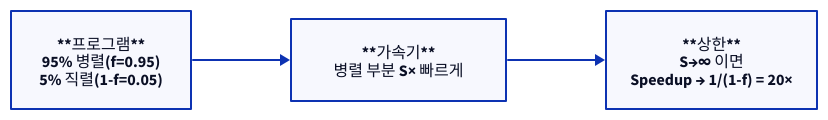
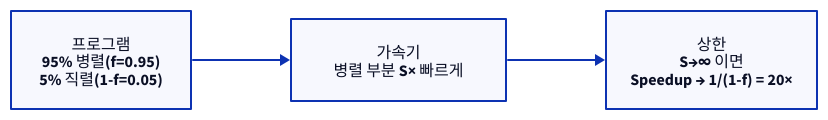
Before and after one commit to humbleowl39/DV_SKOOL: the second of 4 diagrams in starlight_site/src/content/docs/computer_architecture/13_performance_laws_dsa.md, drawn with D2. The commit also changed other lines of this file and 714 other files, not shown here.

First line of the commit message:
fix(site): d2 다이어그램 가독성 결함 6종 일괄 수정

````diff
--- a/starlight_site/src/content/docs/computer_architecture/13_performance_laws_dsa.md
+++ b/starlight_site/src/content/docs/computer_architecture/13_performance_laws_dsa.md
@@ -67,9 +67,9 @@
 ```d2
 direction: right
 
-PROG: "**프로그램**\n95% 병렬(f=0.95)\n5% 직렬(1-f=0.05)"
-ACC: "**가속기**\n병렬 부분 S× 빠르게"
-CAP: "**상한**\nS→∞ 이면\nSpeedup → 1/(1-f) = 20×"
+PROG: "프로그램\n95% 병렬(f=0.95)\n5% 직렬(1-f=0.05)"
+ACC: "가속기\n병렬 부분 S× 빠르게"
+CAP: "상한\nS→∞ 이면\nSpeedup → 1/(1-f) = 20×"
 
 PROG -> ACC -> CAP
 ```
````
